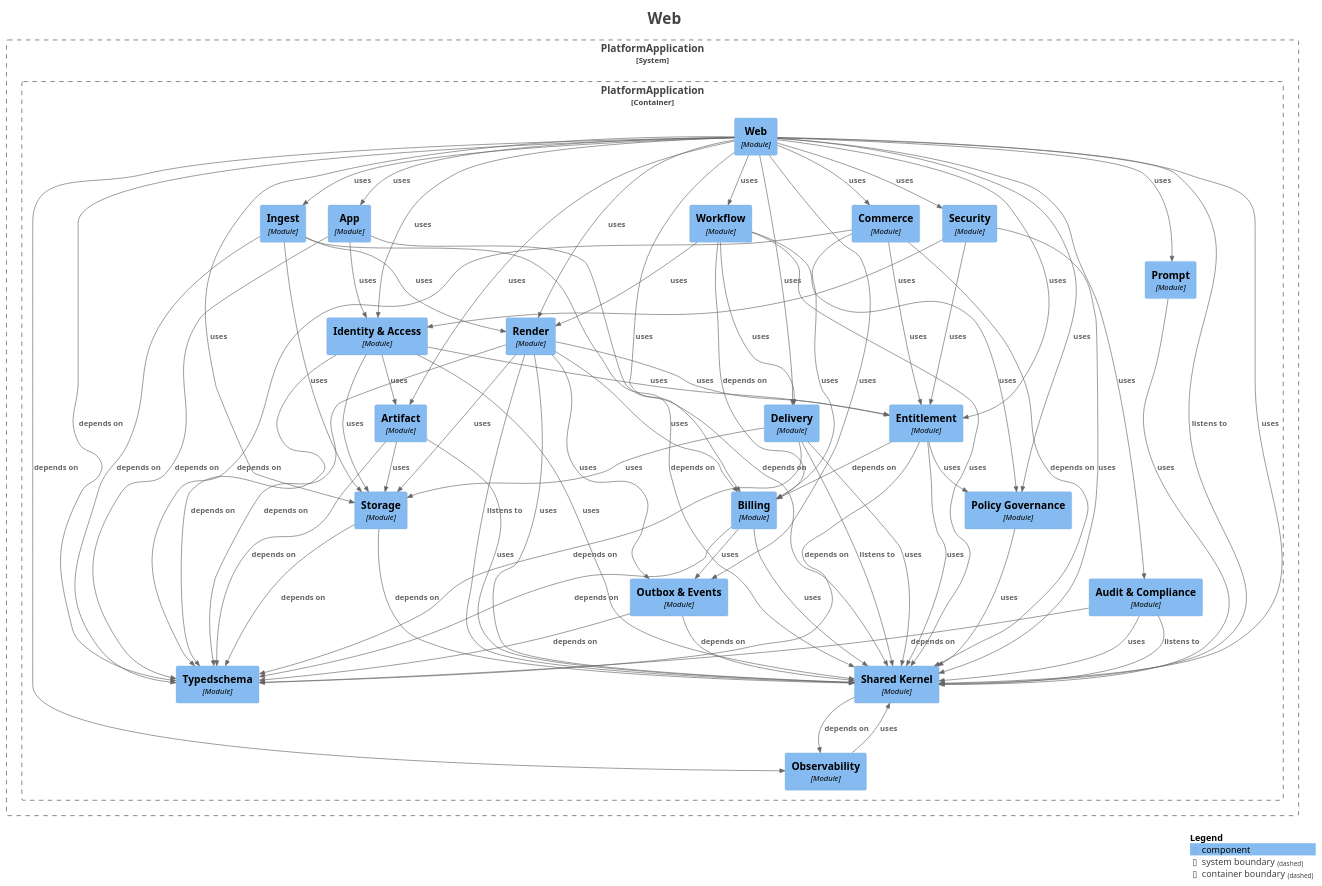
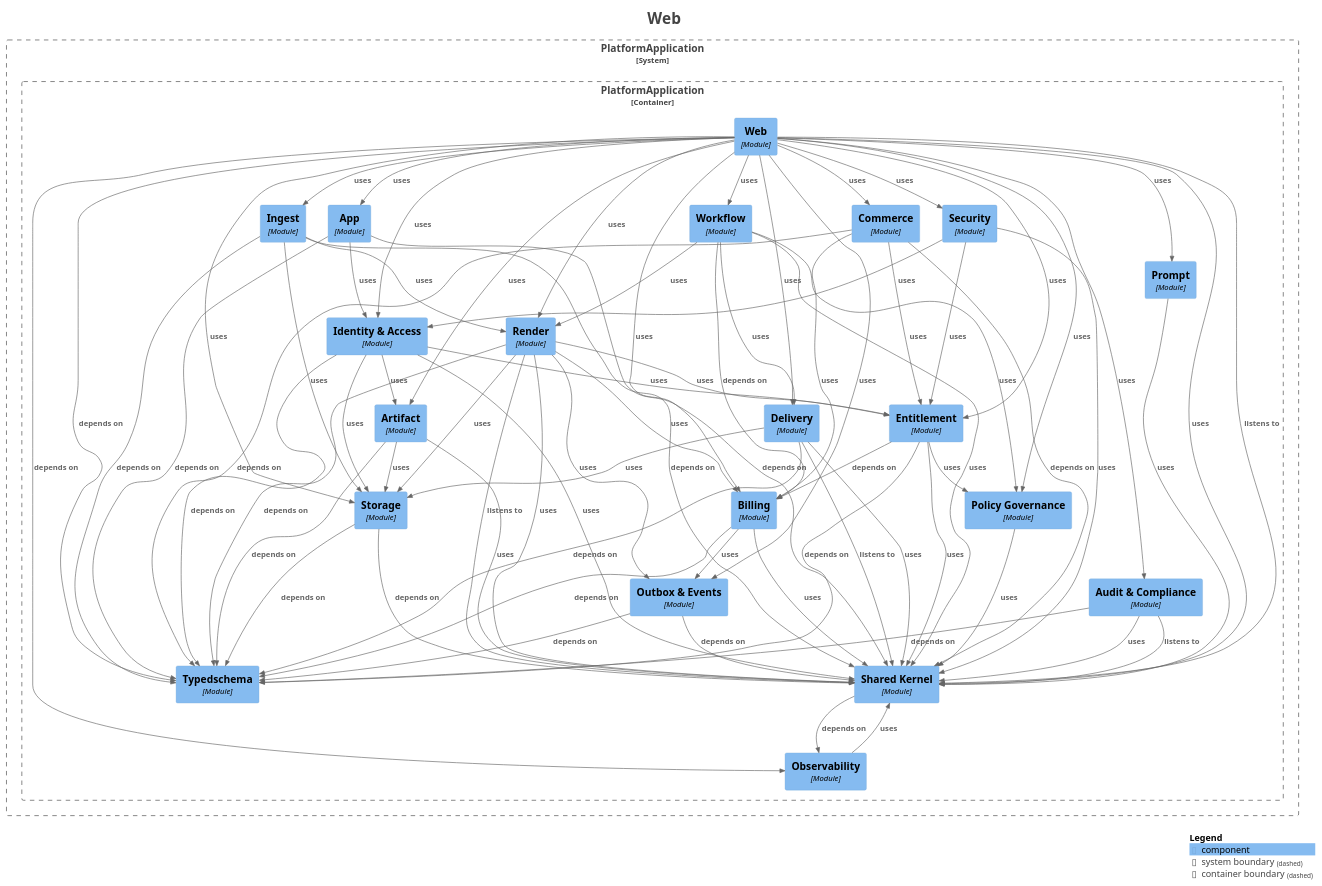
Before and after one commit to shangxq007/media-platform: the diagram in platform-app/docs/architecture/maps/generated/modulith/module-web.puml, drawn with PlantUML. The commit also changed other lines of this file and 66 other files, not shown here.

First line of the commit message:
TIMELINE_V2: typed SourceBinding + exact canonical serialization (T1-T14)

```diff
--- a/platform-app/docs/architecture/maps/generated/modulith/module-web.puml
+++ b/platform-app/docs/architecture/maps/generated/modulith/module-web.puml
@@ -41,54 +41,6 @@
 
 }
 
-Rel(PlatformApplication.PlatformApplication.OutboxEvents, PlatformApplication.PlatformApplication.SharedKernel, "depends on", $techn="", $tags="", $link="")
-Rel(PlatformApplication.PlatformApplication.OutboxEvents, PlatformApplication.PlatformApplication.Typedschema, "depends on", $techn="", $tags="", $link="")
-Rel(PlatformApplication.PlatformApplication.Storage, PlatformApplication.PlatformApplication.Typedschema, "depends on", $techn="", $tags="", $link="")
-Rel(PlatformApplication.PlatformApplication.Storage, PlatformApplication.PlatformApplication.SharedKernel, "depends on", $techn="", $tags="", $link="")
-Rel(PlatformApplication.PlatformApplication.Entitlement, PlatformApplication.PlatformApplication.Billing, "depends on", $techn="", $tags="", $link="")
-Rel(PlatformApplication.PlatformApplication.Entitlement, PlatformApplication.PlatformApplication.Typedschema, "depends on", $techn="", $tags="", $link="")
-Rel(PlatformApplication.PlatformApplication.Entitlement, PlatformApplication.PlatformApplication.PolicyGovernance, "uses", $techn="", $tags="", $link="")
-Rel(PlatformApplication.PlatformApplication.Entitlement, PlatformApplication.PlatformApplication.SharedKernel, "uses", $techn="", $tags="", $link="")
-Rel(PlatformApplication.PlatformApplication.Prompt, PlatformApplication.PlatformApplication.SharedKernel, "uses", $techn="", $tags="", $link="")
-Rel(PlatformApplication.PlatformApplication.Commerce, PlatformApplication.PlatformApplication.SharedKernel, "depends on", $techn="", $tags="", $link="")
-Rel(PlatformApplication.PlatformApplication.Commerce, PlatformApplication.PlatformApplication.Typedschema, "depends on", $techn="", $tags="", $link="")
-Rel(PlatformApplication.PlatformApplication.Commerce, PlatformApplication.PlatformApplication.Billing, "uses", $techn="", $tags="", $link="")
-Rel(PlatformApplication.PlatformApplication.Commerce, PlatformApplication.PlatformApplication.Entitlement, "uses", $techn="", $tags="", $link="")
-Rel(PlatformApplication.PlatformApplication.SharedKernel, PlatformApplication.PlatformApplication.Observability, "depends on", $techn="", $tags="", $link="")
-Rel(PlatformApplication.PlatformApplication.Workflow, PlatformApplication.PlatformApplication.Billing, "depends on", $techn="", $tags="", $link="")
-Rel(PlatformApplication.PlatformApplication.Workflow, PlatformApplication.PlatformApplication.Render, "uses", $techn="", $tags="", $link="")
-Rel(PlatformApplication.PlatformApplication.Workflow, PlatformApplication.PlatformApplication.SharedKernel, "uses", $techn="", $tags="", $link="")
-Rel(PlatformApplication.PlatformApplication.Workflow, PlatformApplication.PlatformApplication.PolicyGovernance, "uses", $techn="", $tags="", $link="")
-Rel(PlatformApplication.PlatformApplication.Workflow, PlatformApplication.PlatformApplication.Delivery, "uses", $techn="", $tags="", $link="")
-Rel(PlatformApplication.PlatformApplication.App, PlatformApplication.PlatformApplication.SharedKernel, "depends on", $techn="", $tags="", $link="")
-Rel(PlatformApplication.PlatformApplication.App, PlatformApplication.PlatformApplication.Typedschema, "depends on", $techn="", $tags="", $link="")
-Rel(PlatformApplication.PlatformApplication.App, PlatformApplication.PlatformApplication.IdentityAccess, "uses", $techn="", $tags="", $link="")
-Rel(PlatformApplication.PlatformApplication.AuditCompliance, PlatformApplication.PlatformApplication.SharedKernel, "listens to", $techn="", $tags="", $link="")
-Rel(PlatformApplication.PlatformApplication.AuditCompliance, PlatformApplication.PlatformApplication.Typedschema, "depends on", $techn="", $tags="", $link="")
-Rel(PlatformApplication.PlatformApplication.AuditCompliance, PlatformApplication.PlatformApplication.SharedKernel, "uses", $techn="", $tags="", $link="")
-Rel(PlatformApplication.PlatformApplication.PolicyGovernance, PlatformApplication.PlatformApplication.SharedKernel, "uses", $techn="", $tags="", $link="")
-Rel(PlatformApplication.PlatformApplication.Delivery, PlatformApplication.PlatformApplication.SharedKernel, "listens to", $techn="", $tags="", $link="")
-Rel(PlatformApplication.PlatformApplication.Delivery, PlatformApplication.PlatformApplication.Typedschema, "depends on", $techn="", $tags="", $link="")
-Rel(PlatformApplication.PlatformApplication.Delivery, PlatformApplication.PlatformApplication.SharedKernel, "uses", $techn="", $tags="", $link="")
-Rel(PlatformApplication.PlatformApplication.Delivery, PlatformApplication.PlatformApplication.Storage, "uses", $techn="", $tags="", $link="")
-Rel(PlatformApplication.PlatformApplication.IdentityAccess, PlatformApplication.PlatformApplication.Typedschema, "depends on", $techn="", $tags="", $link="")
-Rel(PlatformApplication.PlatformApplication.IdentityAccess, PlatformApplication.PlatformApplication.SharedKernel, "uses", $techn="", $tags="", $link="")
-Rel(PlatformApplication.PlatformApplication.IdentityAccess, PlatformApplication.PlatformApplication.Entitlement, "uses", $techn="", $tags="", $link="")
-Rel(PlatformApplication.PlatformApplication.IdentityAccess, PlatformApplication.PlatformApplication.Artifact, "uses", $techn="", $tags="", $link="")
-Rel(PlatformApplication.PlatformApplication.IdentityAccess, PlatformApplication.PlatformApplication.Storage, "uses", $techn="", $tags="", $link="")
-Rel(PlatformApplication.PlatformApplication.Observability, PlatformApplication.PlatformApplication.SharedKernel, "uses", $techn="", $tags="", $link="")
-Rel(PlatformApplication.PlatformApplication.Artifact, PlatformApplication.PlatformApplication.Typedschema, "depends on", $techn="", $tags="", $link="")
-Rel(PlatformApplication.PlatformApplication.Artifact, PlatformApplication.PlatformApplication.SharedKernel, "uses", $techn="", $tags="", $link="")
-Rel(PlatformApplication.PlatformApplication.Artifact, PlatformApplication.PlatformApplication.Storage, "uses", $techn="", $tags="", $link="")
-Rel(PlatformApplication.PlatformApplication.Ingest, PlatformApplication.PlatformApplication.SharedKernel, "depends on", $techn="", $tags="", $link="")
-Rel(PlatformApplication.PlatformApplication.Ingest, PlatformApplication.PlatformApplication.Typedschema, "depends on", $techn="", $tags="", $link="")
-Rel(PlatformApplication.PlatformApplication.Ingest, PlatformApplication.PlatformApplication.Storage, "uses", $techn="", $tags="", $link="")
-Rel(PlatformApplication.PlatformApplication.Ingest, PlatformApplication.PlatformApplication.Render, "uses", $techn="", $tags="", $link="")
-Rel(PlatformApplication.PlatformApplication.Web, PlatformApplication.PlatformApplication.SharedKernel, "listens to", $techn="", $tags="", $link="")
-Rel(PlatformApplication.PlatformApplication.Web, PlatformApplication.PlatformApplication.Observability, "depends on", $techn="", $tags="", $link="")
-Rel(PlatformApplication.PlatformApplication.Web, PlatformApplication.PlatformApplication.Typedschema, "depends on", $techn="", $tags="", $link="")
-Rel(PlatformApplication.PlatformApplication.Web, PlatformApplication.PlatformApplication.Ingest, "uses", $techn="", $tags="", $link="")
-Rel(PlatformApplication.PlatformApplication.Web, PlatformApplication.PlatformApplication.Storage, "uses", $techn="", $tags="", $link="")
 Rel(PlatformApplication.PlatformApplication.Web, PlatformApplication.PlatformApplication.SharedKernel, "uses", $techn="", $tags="", $link="")
 Rel(PlatformApplication.PlatformApplication.Web, PlatformApplication.PlatformApplication.Billing, "uses", $techn="", $tags="", $link="")
 Rel(PlatformApplication.PlatformApplication.Web, PlatformApplication.PlatformApplication.Entitlement, "uses", $techn="", $tags="", $link="")
@@ -104,6 +56,33 @@
 Rel(PlatformApplication.PlatformApplication.Web, PlatformApplication.PlatformApplication.Delivery, "uses", $techn="", $tags="", $link="")
 Rel(PlatformApplication.PlatformApplication.Web, PlatformApplication.PlatformApplication.Prompt, "uses", $techn="", $tags="", $link="")
 Rel(PlatformApplication.PlatformApplication.Web, PlatformApplication.PlatformApplication.OutboxEvents, "uses", $techn="", $tags="", $link="")
+Rel(PlatformApplication.PlatformApplication.Observability, PlatformApplication.PlatformApplication.SharedKernel, "uses", $techn="", $tags="", $link="")
+Rel(PlatformApplication.PlatformApplication.Workflow, PlatformApplication.PlatformApplication.Billing, "depends on", $techn="", $tags="", $link="")
+Rel(PlatformApplication.PlatformApplication.Workflow, PlatformApplication.PlatformApplication.Render, "uses", $techn="", $tags="", $link="")
+Rel(PlatformApplication.PlatformApplication.Workflow, PlatformApplication.PlatformApplication.SharedKernel, "uses", $techn="", $tags="", $link="")
+Rel(PlatformApplication.PlatformApplication.Workflow, PlatformApplication.PlatformApplication.PolicyGovernance, "uses", $techn="", $tags="", $link="")
+Rel(PlatformApplication.PlatformApplication.Workflow, PlatformApplication.PlatformApplication.Delivery, "uses", $techn="", $tags="", $link="")
+Rel(PlatformApplication.PlatformApplication.SharedKernel, PlatformApplication.PlatformApplication.Observability, "depends on", $techn="", $tags="", $link="")
+Rel(PlatformApplication.PlatformApplication.Artifact, PlatformApplication.PlatformApplication.Typedschema, "depends on", $techn="", $tags="", $link="")
+Rel(PlatformApplication.PlatformApplication.Artifact, PlatformApplication.PlatformApplication.SharedKernel, "uses", $techn="", $tags="", $link="")
+Rel(PlatformApplication.PlatformApplication.Artifact, PlatformApplication.PlatformApplication.Storage, "uses", $techn="", $tags="", $link="")
+Rel(PlatformApplication.PlatformApplication.Billing, PlatformApplication.PlatformApplication.Typedschema, "depends on", $techn="", $tags="", $link="")
+Rel(PlatformApplication.PlatformApplication.Billing, PlatformApplication.PlatformApplication.SharedKernel, "uses", $techn="", $tags="", $link="")
+Rel(PlatformApplication.PlatformApplication.Billing, PlatformApplication.PlatformApplication.OutboxEvents, "uses", $techn="", $tags="", $link="")
+Rel(PlatformApplication.PlatformApplication.App, PlatformApplication.PlatformApplication.SharedKernel, "depends on", $techn="", $tags="", $link="")
+Rel(PlatformApplication.PlatformApplication.App, PlatformApplication.PlatformApplication.Typedschema, "depends on", $techn="", $tags="", $link="")
+Rel(PlatformApplication.PlatformApplication.App, PlatformApplication.PlatformApplication.IdentityAccess, "uses", $techn="", $tags="", $link="")
+Rel(PlatformApplication.PlatformApplication.Entitlement, PlatformApplication.PlatformApplication.Billing, "depends on", $techn="", $tags="", $link="")
+Rel(PlatformApplication.PlatformApplication.Entitlement, PlatformApplication.PlatformApplication.Typedschema, "depends on", $techn="", $tags="", $link="")
+Rel(PlatformApplication.PlatformApplication.Entitlement, PlatformApplication.PlatformApplication.PolicyGovernance, "uses", $techn="", $tags="", $link="")
+Rel(PlatformApplication.PlatformApplication.Entitlement, PlatformApplication.PlatformApplication.SharedKernel, "uses", $techn="", $tags="", $link="")
+Rel(PlatformApplication.PlatformApplication.Prompt, PlatformApplication.PlatformApplication.SharedKernel, "uses", $techn="", $tags="", $link="")
+Rel(PlatformApplication.PlatformApplication.IdentityAccess, PlatformApplication.PlatformApplication.Typedschema, "depends on", $techn="", $tags="", $link="")
+Rel(PlatformApplication.PlatformApplication.IdentityAccess, PlatformApplication.PlatformApplication.SharedKernel, "uses", $techn="", $tags="", $link="")
+Rel(PlatformApplication.PlatformApplication.IdentityAccess, PlatformApplication.PlatformApplication.Entitlement, "uses", $techn="", $tags="", $link="")
+Rel(PlatformApplication.PlatformApplication.IdentityAccess, PlatformApplication.PlatformApplication.Artifact, "uses", $techn="", $tags="", $link="")
+Rel(PlatformApplication.PlatformApplication.IdentityAccess, PlatformApplication.PlatformApplication.Storage, "uses", $techn="", $tags="", $link="")
+Rel(PlatformApplication.PlatformApplication.PolicyGovernance, PlatformApplication.PlatformApplication.SharedKernel, "uses", $techn="", $tags="", $link="")
 Rel(PlatformApplication.PlatformApplication.Render, PlatformApplication.PlatformApplication.SharedKernel, "listens to", $techn="", $tags="", $link="")
 Rel(PlatformApplication.PlatformApplication.Render, PlatformApplication.PlatformApplication.Typedschema, "depends on", $techn="", $tags="", $link="")
 Rel(PlatformApplication.PlatformApplication.Render, PlatformApplication.PlatformApplication.Storage, "uses", $techn="", $tags="", $link="")
@@ -111,12 +90,33 @@
 Rel(PlatformApplication.PlatformApplication.Render, PlatformApplication.PlatformApplication.Billing, "uses", $techn="", $tags="", $link="")
 Rel(PlatformApplication.PlatformApplication.Render, PlatformApplication.PlatformApplication.OutboxEvents, "uses", $techn="", $tags="", $link="")
 Rel(PlatformApplication.PlatformApplication.Render, PlatformApplication.PlatformApplication.SharedKernel, "uses", $techn="", $tags="", $link="")
+Rel(PlatformApplication.PlatformApplication.Storage, PlatformApplication.PlatformApplication.Typedschema, "depends on", $techn="", $tags="", $link="")
+Rel(PlatformApplication.PlatformApplication.Storage, PlatformApplication.PlatformApplication.SharedKernel, "depends on", $techn="", $tags="", $link="")
+Rel(PlatformApplication.PlatformApplication.Ingest, PlatformApplication.PlatformApplication.SharedKernel, "depends on", $techn="", $tags="", $link="")
+Rel(PlatformApplication.PlatformApplication.Ingest, PlatformApplication.PlatformApplication.Typedschema, "depends on", $techn="", $tags="", $link="")
+Rel(PlatformApplication.PlatformApplication.Ingest, PlatformApplication.PlatformApplication.Storage, "uses", $techn="", $tags="", $link="")
+Rel(PlatformApplication.PlatformApplication.Ingest, PlatformApplication.PlatformApplication.Render, "uses", $techn="", $tags="", $link="")
+Rel(PlatformApplication.PlatformApplication.Commerce, PlatformApplication.PlatformApplication.SharedKernel, "depends on", $techn="", $tags="", $link="")
+Rel(PlatformApplication.PlatformApplication.Commerce, PlatformApplication.PlatformApplication.Typedschema, "depends on", $techn="", $tags="", $link="")
+Rel(PlatformApplication.PlatformApplication.Commerce, PlatformApplication.PlatformApplication.Billing, "uses", $techn="", $tags="", $link="")
+Rel(PlatformApplication.PlatformApplication.Commerce, PlatformApplication.PlatformApplication.Entitlement, "uses", $techn="", $tags="", $link="")
+Rel(PlatformApplication.PlatformApplication.AuditCompliance, PlatformApplication.PlatformApplication.SharedKernel, "listens to", $techn="", $tags="", $link="")
+Rel(PlatformApplication.PlatformApplication.AuditCompliance, PlatformApplication.PlatformApplication.Typedschema, "depends on", $techn="", $tags="", $link="")
+Rel(PlatformApplication.PlatformApplication.AuditCompliance, PlatformApplication.PlatformApplication.SharedKernel, "uses", $techn="", $tags="", $link="")
 Rel(PlatformApplication.PlatformApplication.Security, PlatformApplication.PlatformApplication.SharedKernel, "uses", $techn="", $tags="", $link="")
 Rel(PlatformApplication.PlatformApplication.Security, PlatformApplication.PlatformApplication.IdentityAccess, "uses", $techn="", $tags="", $link="")
 Rel(PlatformApplication.PlatformApplication.Security, PlatformApplication.PlatformApplication.Entitlement, "uses", $techn="", $tags="", $link="")
-Rel(PlatformApplication.PlatformApplication.Billing, PlatformApplication.PlatformApplication.Typedschema, "depends on", $techn="", $tags="", $link="")
-Rel(PlatformApplication.PlatformApplication.Billing, PlatformApplication.PlatformApplication.SharedKernel, "uses", $techn="", $tags="", $link="")
-Rel(PlatformApplication.PlatformApplication.Billing, PlatformApplication.PlatformApplication.OutboxEvents, "uses", $techn="", $tags="", $link="")
+Rel(PlatformApplication.PlatformApplication.OutboxEvents, PlatformApplication.PlatformApplication.SharedKernel, "depends on", $techn="", $tags="", $link="")
+Rel(PlatformApplication.PlatformApplication.OutboxEvents, PlatformApplication.PlatformApplication.Typedschema, "depends on", $techn="", $tags="", $link="")
+Rel(PlatformApplication.PlatformApplication.Delivery, PlatformApplication.PlatformApplication.SharedKernel, "listens to", $techn="", $tags="", $link="")
+Rel(PlatformApplication.PlatformApplication.Delivery, PlatformApplication.PlatformApplication.Typedschema, "depends on", $techn="", $tags="", $link="")
+Rel(PlatformApplication.PlatformApplication.Delivery, PlatformApplication.PlatformApplication.SharedKernel, "uses", $techn="", $tags="", $link="")
+Rel(PlatformApplication.PlatformApplication.Delivery, PlatformApplication.PlatformApplication.Storage, "uses", $techn="", $tags="", $link="")
+Rel(PlatformApplication.PlatformApplication.Web, PlatformApplication.PlatformApplication.SharedKernel, "listens to", $techn="", $tags="", $link="")
+Rel(PlatformApplication.PlatformApplication.Web, PlatformApplication.PlatformApplication.Observability, "depends on", $techn="", $tags="", $link="")
+Rel(PlatformApplication.PlatformApplication.Web, PlatformApplication.PlatformApplication.Typedschema, "depends on", $techn="", $tags="", $link="")
+Rel(PlatformApplication.PlatformApplication.Web, PlatformApplication.PlatformApplication.Ingest, "uses", $techn="", $tags="", $link="")
+Rel(PlatformApplication.PlatformApplication.Web, PlatformApplication.PlatformApplication.Storage, "uses", $techn="", $tags="", $link="")
 
 SHOW_LEGEND(true)
 hide stereotypes
```
